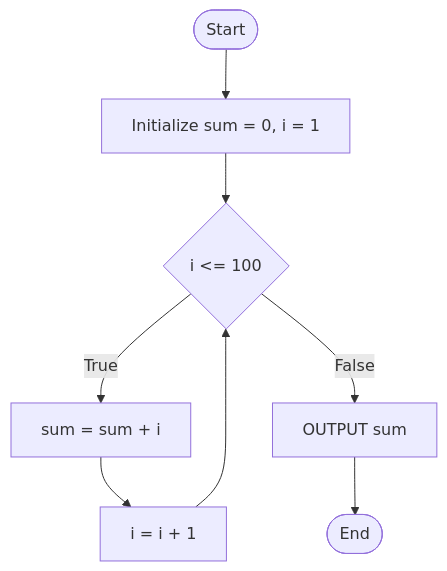
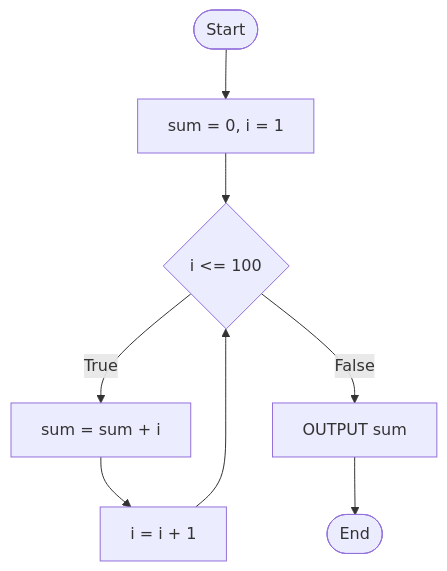
One commit to AhmedOsman101/Obsidian changed diagram 14 of 15 in src/College/yearOne/secondTerm/C-Essentials/Lectures/LectureOne.md. Above: the diagram before and after it, drawn with Mermaid.

````diff
--- a/src/College/yearOne/secondTerm/C-Essentials/Lectures/LectureOne.md
+++ b/src/College/yearOne/secondTerm/C-Essentials/Lectures/LectureOne.md
@@ -366,16 +366,16 @@
 ```mermaid
 flowchart TD
     Start(["Start"]) -->
-    Initialize["Initialize sum = 0, i = 1"] -->
+    Initialize["sum = 0, i = 1"] -->
 
     Condition{i <= 100}
 
     Condition -- True -->
     Add["sum = sum + i"] -->
     Increment["i = i + 1"] -->
     Condition;
 
     Condition -- False -->
     Print["OUTPUT sum"] -->
     End(["End"]);
 ```
````
